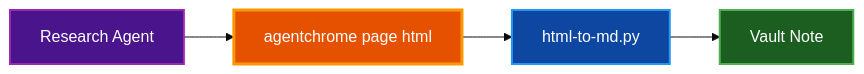
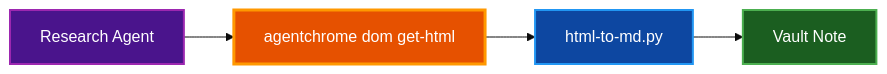
The diagram in docs/AGENTCHROME.md (paulrobello/parsidion-cc), drawn with Mermaid (base theme) before and after one commit. The commit also changed other lines of this file and 6 other files, not shown here.

````diff
--- a/docs/AGENTCHROME.md
+++ b/docs/AGENTCHROME.md
@@ -32,16 +32,16 @@
 ```mermaid
 graph LR
     Agent[Research Agent]
-    AC[agentchrome page html]
+    AC[agentchrome dom get-html]
     H2M[html-to-md.py]
     Vault[Vault Note]
 
     Agent --> AC
     AC --> H2M
     H2M --> Vault
 
     style Agent fill:#4a148c,stroke:#9c27b0,stroke-width:2px,color:#ffffff
     style AC fill:#e65100,stroke:#ff9800,stroke-width:3px,color:#ffffff
     style H2M fill:#0d47a1,stroke:#2196f3,stroke-width:2px,color:#ffffff
     style Vault fill:#1b5e20,stroke:#4caf50,stroke-width:2px,color:#ffffff
 ```
````
